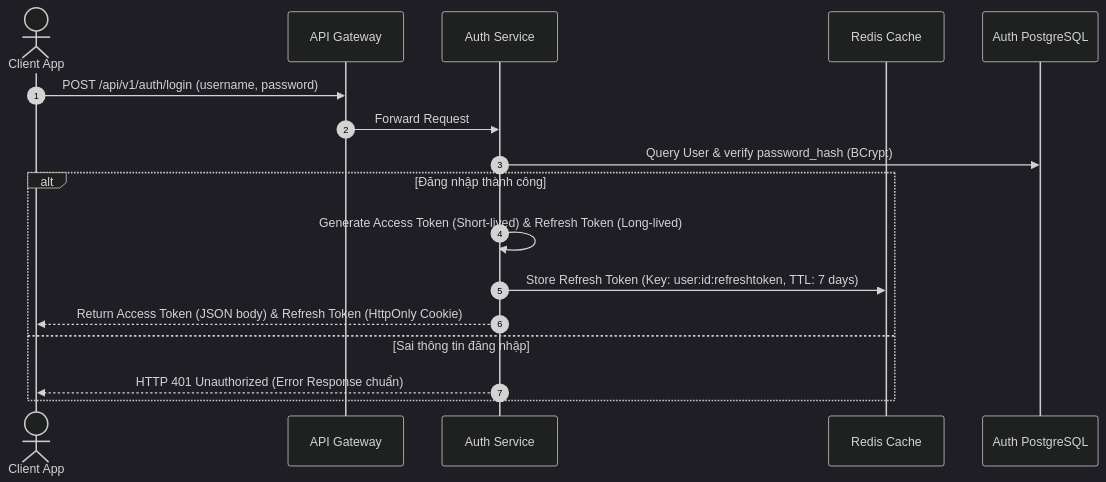
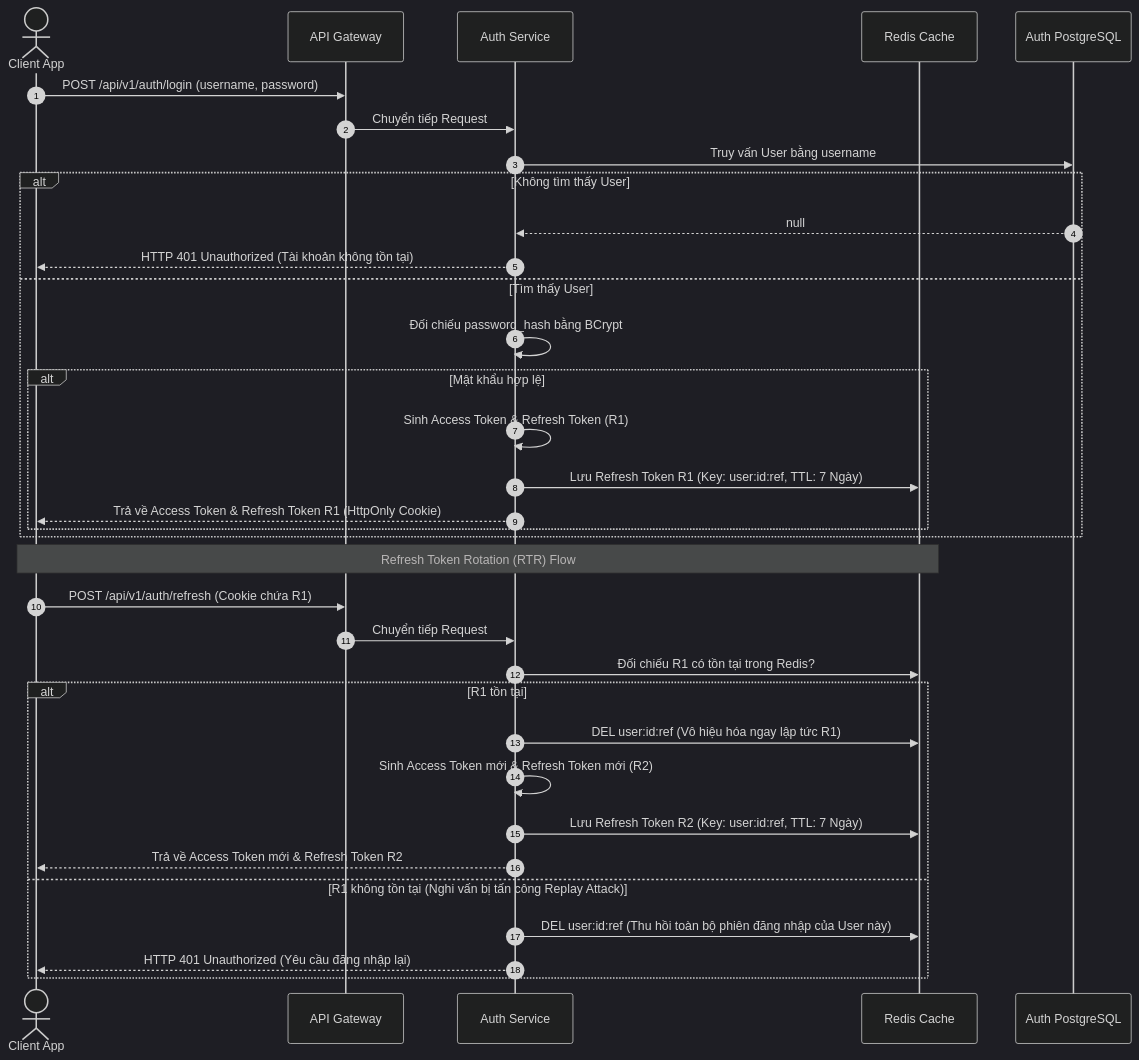
The third of 11 diagrams in E_COMMERCE_SYSTEM_DESIGN.md (ThanhluanGif/E-Commerce-Platform), drawn with Mermaid (dark theme) before and after one commit. The commit also changed other lines of this file and 1 other file, not shown here.

````diff
--- a/E_COMMERCE_SYSTEM_DESIGN.md
+++ b/E_COMMERCE_SYSTEM_DESIGN.md
@@ -229,20 +787,39 @@
 ```mermaid
 sequenceDiagram
     autonumber
     actor Client as Client App
     participant GW as API Gateway
     participant Auth as Auth Service
     participant Redis as Redis Cache
     participant DB as Auth PostgreSQL
 
     Client->>GW: POST /api/v1/auth/login (username, password)
-    GW->>Auth: Forward Request
-    Auth->>DB: Query User & verify password_hash (BCrypt)
-    alt Đăng nhập thành công
-        Auth->>Auth: Generate Access Token (Short-lived) & Refresh Token (Long-lived)
-        Auth->>Redis: Store Refresh Token (Key: user:id:refreshtoken, TTL: 7 days)
-        Auth-->>Client: Return Access Token (JSON body) & Refresh Token (HttpOnly Cookie)
-    else Sai thông tin đăng nhập
-        Auth-->>Client: HTTP 401 Unauthorized (Error Response chuẩn)
+    GW->>Auth: Chuyển tiếp Request
+    Auth->>DB: Truy vấn User bằng username
+    alt Không tìm thấy User
+        DB-->>Auth: null
+        Auth-->>Client: HTTP 401 Unauthorized (Tài khoản không tồn tại)
+    else Tìm thấy User
+        Auth->>Auth: Đối chiếu password_hash bằng BCrypt
+        alt Mật khẩu hợp lệ
+            Auth->>Auth: Sinh Access Token & Refresh Token (R1)
+            Auth->>Redis: Lưu Refresh Token R1 (Key: user:id:ref, TTL: 7 Ngày)
+            Auth-->>Client: Trả về Access Token & Refresh Token R1 (HttpOnly Cookie)
+        end
+    end
+    
+    %% Refresh Token Rotation Block
+    Note over Client, Redis: Refresh Token Rotation (RTR) Flow
+    Client->>GW: POST /api/v1/auth/refresh (Cookie chứa R1)
+    GW->>Auth: Chuyển tiếp Request
+    Auth->>Redis: Đối chiếu R1 có tồn tại trong Redis?
+    alt R1 tồn tại
+        Auth->>Redis: DEL user:id:ref (Vô hiệu hóa ngay lập tức R1)
+        Auth->>Auth: Sinh Access Token mới & Refresh Token mới (R2)
+        Auth->>Redis: Lưu Refresh Token R2 (Key: user:id:ref, TTL: 7 Ngày)
+        Auth-->>Client: Trả về Access Token mới & Refresh Token R2
+    else R1 không tồn tại (Nghi vấn bị tấn công Replay Attack)
+        Auth->>Redis: DEL user:id:ref (Thu hồi toàn bộ phiên đăng nhập của User này)
+        Auth-->>Client: HTTP 401 Unauthorized (Yêu cầu đăng nhập lại)
     end
 ```
````
